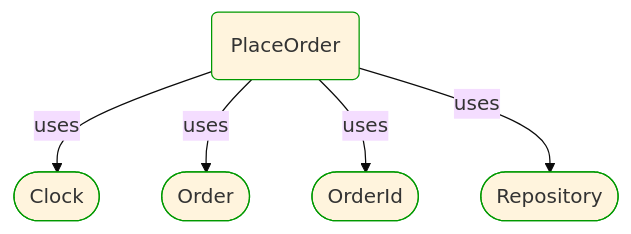
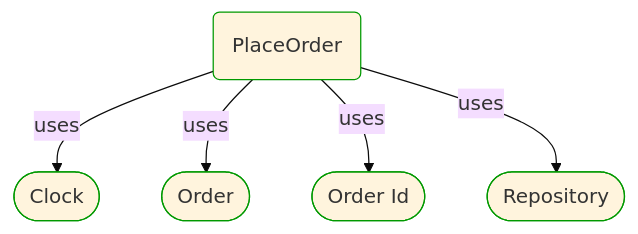
One commit to itlibrium/DDD-starter-dotnet changed the second of 4 diagrams in Docs/P3/MermaidOutput/ProcessSteps/Sale/Wholesale ordering/PlaceOrder.md. Above: the diagram before and after it, drawn with Mermaid (base theme). The commit also changed other lines of this file and 174 other files, not shown here.

````diff
--- a/Docs/P3/MermaidOutput/ProcessSteps/Sale/Wholesale ordering/PlaceOrder.md
+++ b/Docs/P3/MermaidOutput/ProcessSteps/Sale/Wholesale ordering/PlaceOrder.md
@@ -37,20 +34,20 @@
 ```mermaid
   flowchart TB
     0(PlaceOrder)
     class 0 DomainPerspective
     1([Clock])
     class 1 DomainPerspective
     0-->|uses|1
     2([Order])
     class 2 DomainPerspective
     0-->|uses|2
-    3([OrderId])
+    3([Order Id])
     class 3 DomainPerspective
     0-->|uses|3
     4([Repository])
     class 4 DomainPerspective
     0-->|uses|4
     classDef DomainPerspective stroke:#009900
     classDef TechnologyPerspective stroke:#1F41EB
     classDef PeoplePerspective stroke:#FFF014
 ```
````
